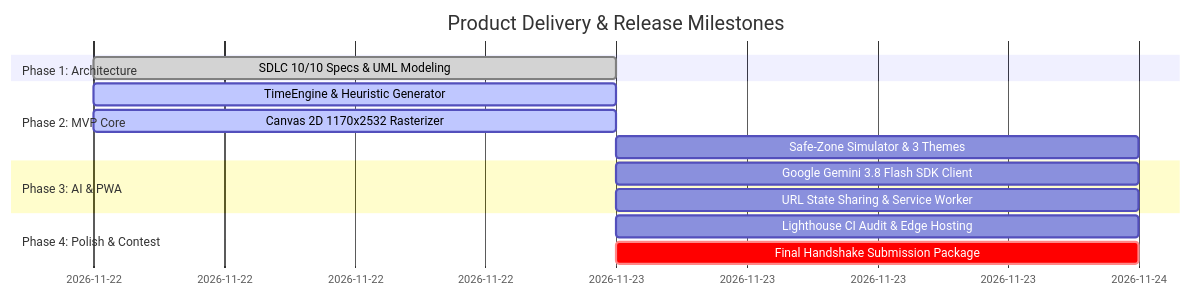
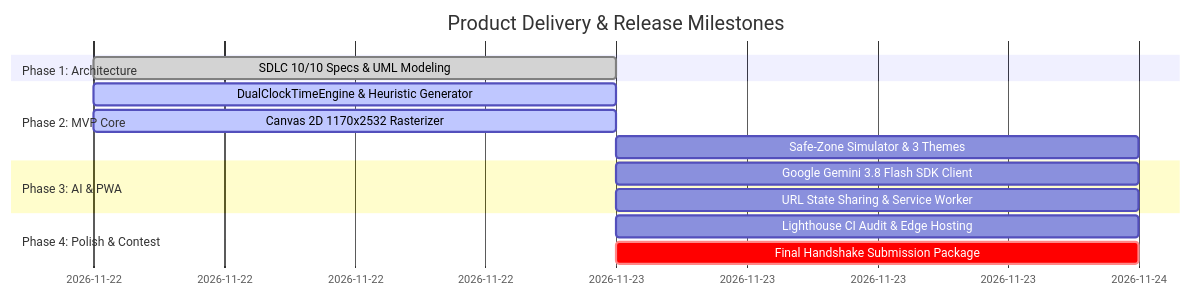
The second of 2 diagrams in docs/01-prd.md (piyushmakhija28/countdown-lockscreen-challenge), drawn with Mermaid before and after one commit. The commit also changed 33 other files, not shown here.

Commit message:
docs(audit): remediate all forensic architectural, mathematical, and code blueprint defects to Level 2.2 standard

````diff
--- a/docs/01-prd.md
+++ b/docs/01-prd.md
@@ -203,17 +203,17 @@
 ```mermaid
 gantt
     title Product Delivery & Release Milestones
     dateFormat  YYYY-MM-DD
     section Phase 1: Architecture
     SDLC 10/10 Specs & UML Modeling     :done, des1, 2026-11-22, 1d
     section Phase 2: MVP Core
-    TimeEngine & Heuristic Generator    :active, dev1, 2026-11-22, 1d
+    DualClockTimeEngine & Heuristic Generator    :active, dev1, 2026-11-22, 1d
     Canvas 2D 1170x2532 Rasterizer      :active, dev2, 2026-11-22, 1d
     Safe-Zone Simulator & 3 Themes      :dev3, 2026-11-23, 1d
     section Phase 3: AI & PWA
     Google Gemini 3.8 Flash SDK Client  :dev4, 2026-11-23, 1d
     URL State Sharing & Service Worker  :dev5, 2026-11-23, 1d
     section Phase 4: Polish & Contest
     Lighthouse CI Audit & Edge Hosting  :dev6, 2026-11-23, 1d
     Final Handshake Submission Package  :crit, dev7, 2026-11-23, 1d
 ```
````
